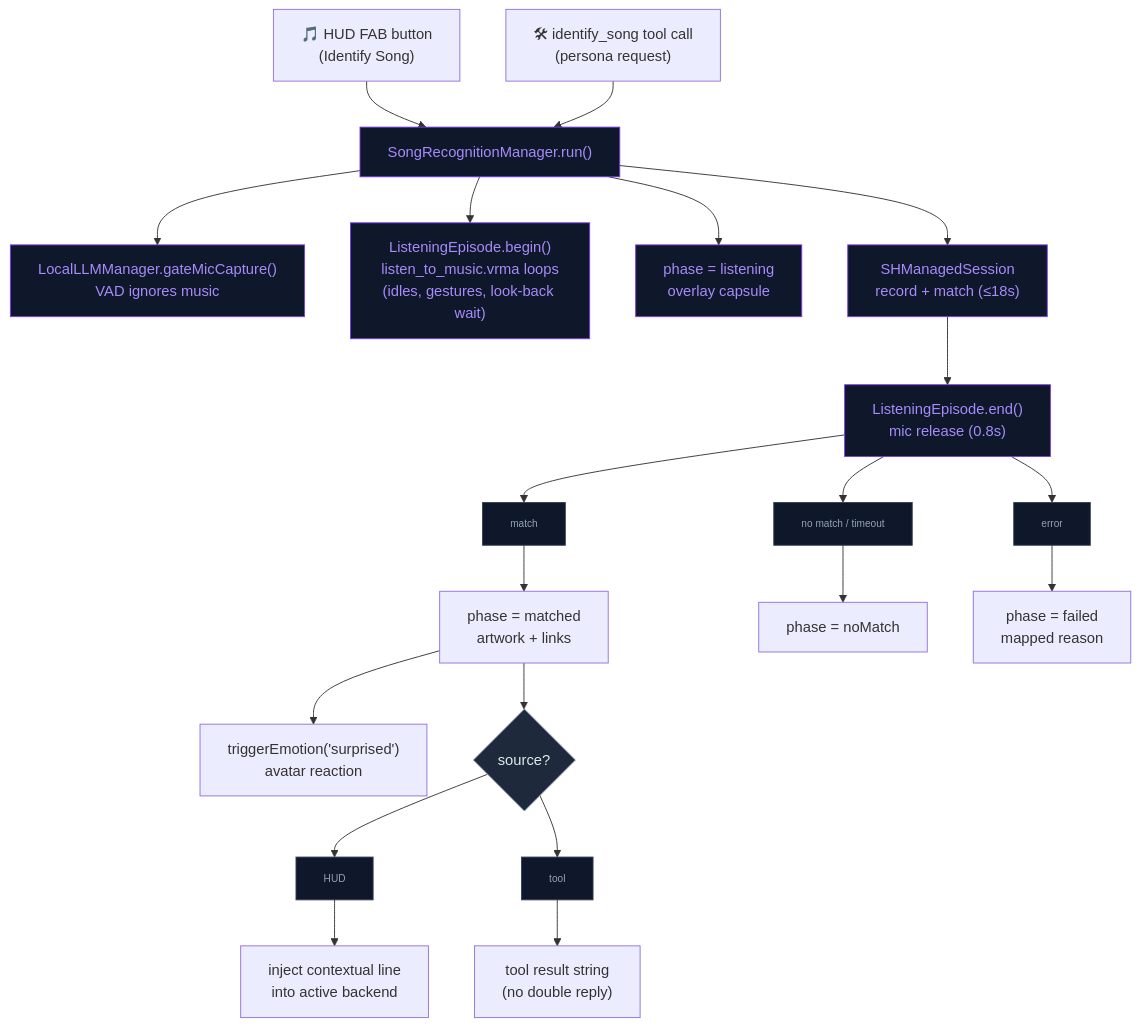
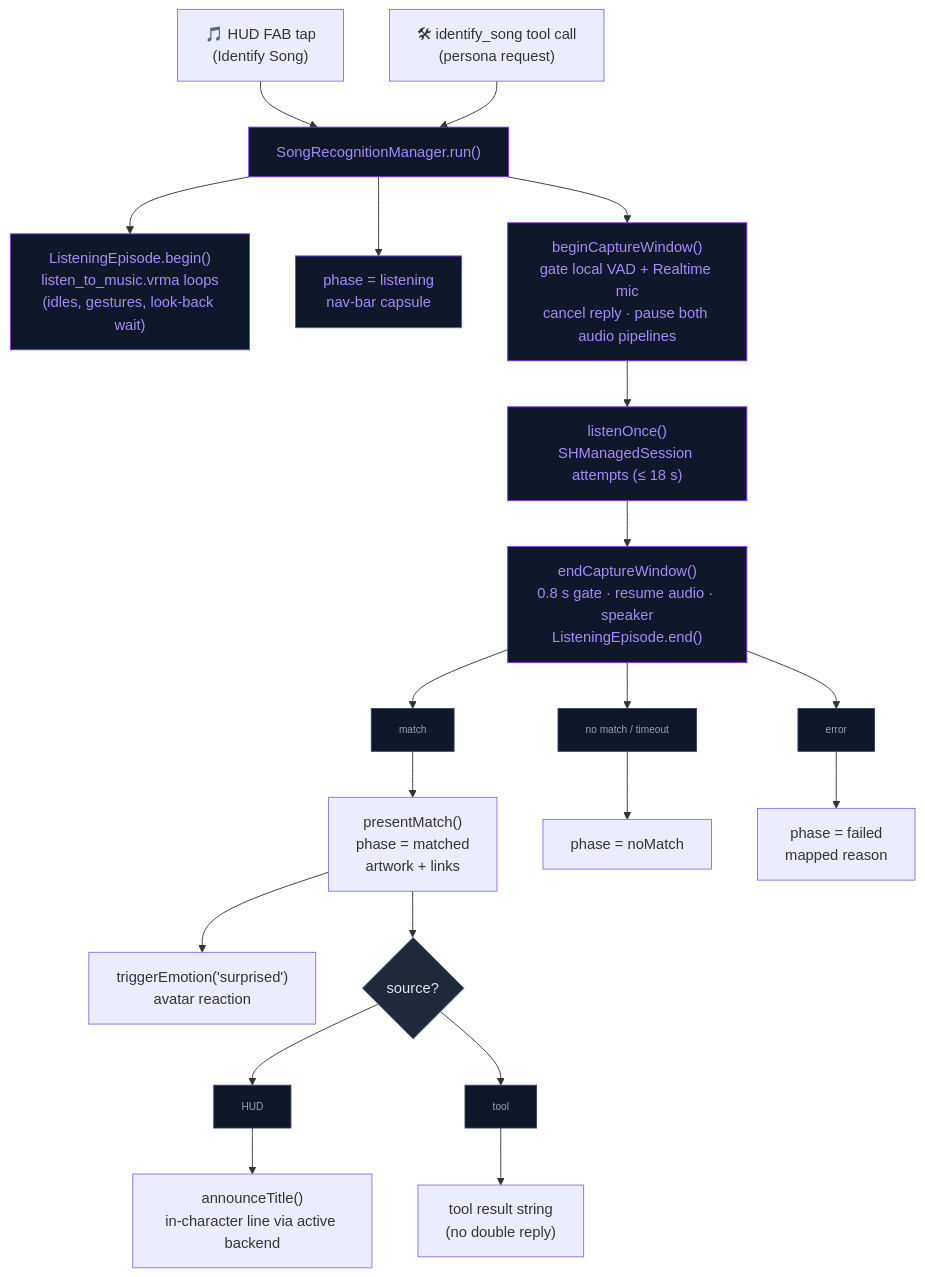
The diagram in docs/Companion/SONG_RECOGNITION.md (kevinliddel/NeuraLink), drawn with Mermaid before and after one commit. The commit also changed other lines of this file and 21 other files, not shown here.

````diff
--- a/docs/Companion/SONG_RECOGNITION.md
+++ b/docs/Companion/SONG_RECOGNITION.md
@@ -23,33 +25,33 @@
 ```mermaid
 flowchart TD
-    FAB["🎵 HUD FAB button<br/>(Identify Song)"] --> RUN
+    FAB["🎵 HUD FAB tap<br/>(Identify Song)"] --> RUN
     TOOL["🛠 identify_song tool call<br/>(persona request)"] --> RUN
 
-    RUN["SongRecognitionManager.run()"] --> GATE["LocalLLMManager.gateMicCapture()<br/>VAD ignores music"]
-    RUN --> DANCE["ListeningEpisode.begin()<br/>listen_to_music.vrma loops<br/>(idles, gestures, look-back wait)"]
-    RUN --> CAPSULE["phase = listening<br/>overlay capsule"]
-    RUN --> SHZ["SHManagedSession<br/>record + match (≤18s)"]
+    RUN["SongRecognitionManager.run()"] --> DANCE["ListeningEpisode.begin()<br/>listen_to_music.vrma loops<br/>(idles, gestures, look-back wait)"]
+    RUN --> CAPSULE["phase = listening<br/>nav-bar capsule"]
+    RUN --> WINDOW["beginCaptureWindow()<br/>gate local VAD + Realtime mic<br/>cancel reply · pause both audio pipelines"]
+    WINDOW --> SHZ["listenOnce()<br/>SHManagedSession attempts (≤ 18 s)"]
 
-    SHZ --> CLEANUP["ListeningEpisode.end()<br/>mic release (0.8s)"]
+    SHZ --> CLEANUP["endCaptureWindow()<br/>0.8 s gate · resume audio · speaker<br/>ListeningEpisode.end()"]
 
-    CLEANUP --> D1["match"] --> SONG["phase = matched<br/>artwork + links"]
+    CLEANUP --> D1["match"] --> SONG["presentMatch()<br/>phase = matched<br/>artwork + links"]
     CLEANUP --> D2["no match / timeout"] --> NOMATCH["phase = noMatch"]
     CLEANUP --> D3["error"] --> FAIL["phase = failed<br/>mapped reason"]
 
     SONG --> EMO["triggerEmotion('surprised')<br/>avatar reaction"]
     SONG --> SRC{"source?"}
 
-    SRC --> D4["HUD"] --> INJECT["inject contextual line<br/>into active backend"]
+    SRC --> D4["HUD"] --> INJECT["announceTitle()<br/>in-character line via active backend"]
     SRC --> D5["tool"] --> RESULT["tool result string<br/>(no double reply)"]
 
     %% Styles
     classDef core fill:#0f172a,stroke:#7c3aed,color:#a78bfa
     classDef decision fill:#1e293b,stroke:#94a3b8,color:#e2e8f0
 
-    class RUN,GATE,DANCE,CAPSULE,SHZ,CLEANUP core
+    class RUN,WINDOW,DANCE,CAPSULE,SHZ,CLEANUP core
     class SRC decision
 
     %% Data nodes (consistent system-wide)
     classDef data fill:#0f172a,stroke:#334155,color:#94a3b8,font-size:11px
     class D1,D2,D3,D4,D5 data
 ```
````
